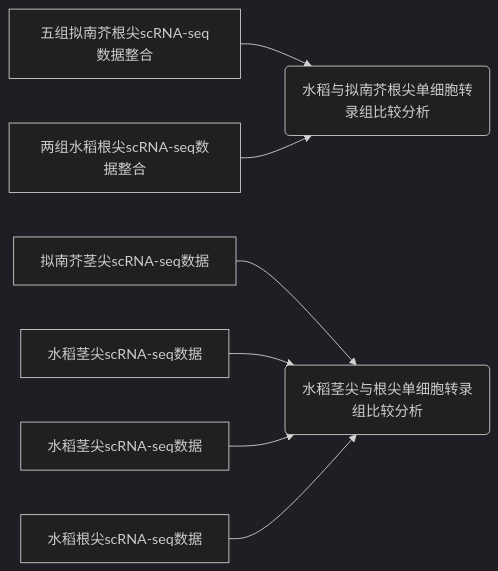
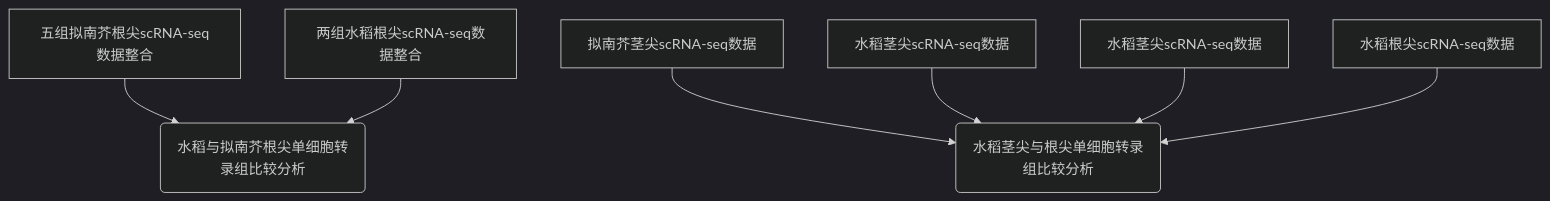
One commit to wenkaiyan-kevin/Graduation-Thesis changed the third of 3 diagrams in README.md. Above: the diagram before and after it, drawn with Mermaid (dark theme). The commit also changed other lines of this file, not shown here.

````diff
--- a/README.md
+++ b/README.md
@@ -157,11 +157,11 @@
 ```mermaid
-        graph LR
+        graph TD
                 A1[五组拟南芥根尖scRNA-seq数据整合] --> C1(水稻与拟南芥根尖单细胞转录组比较分析)
                 A2[两组水稻根尖scRNA-seq数据整合] --> C1(水稻与拟南芥根尖单细胞转录组比较分析)
 
                 A3[拟南芥茎尖scRNA-seq数据] --> C2(水稻与拟南芥茎尖单细胞转录组比较分析)
                 A4[水稻茎尖scRNA-seq数据] --> C2(水稻与拟南芥茎尖单细胞转录组比较分析)
 
                 A5[水稻茎尖scRNA-seq数据] --> C2(水稻茎尖与根尖单细胞转录组比较分析)
                 A6[水稻根尖scRNA-seq数据] --> C2(水稻茎尖与根尖单细胞转录组比较分析)
 ```
````
